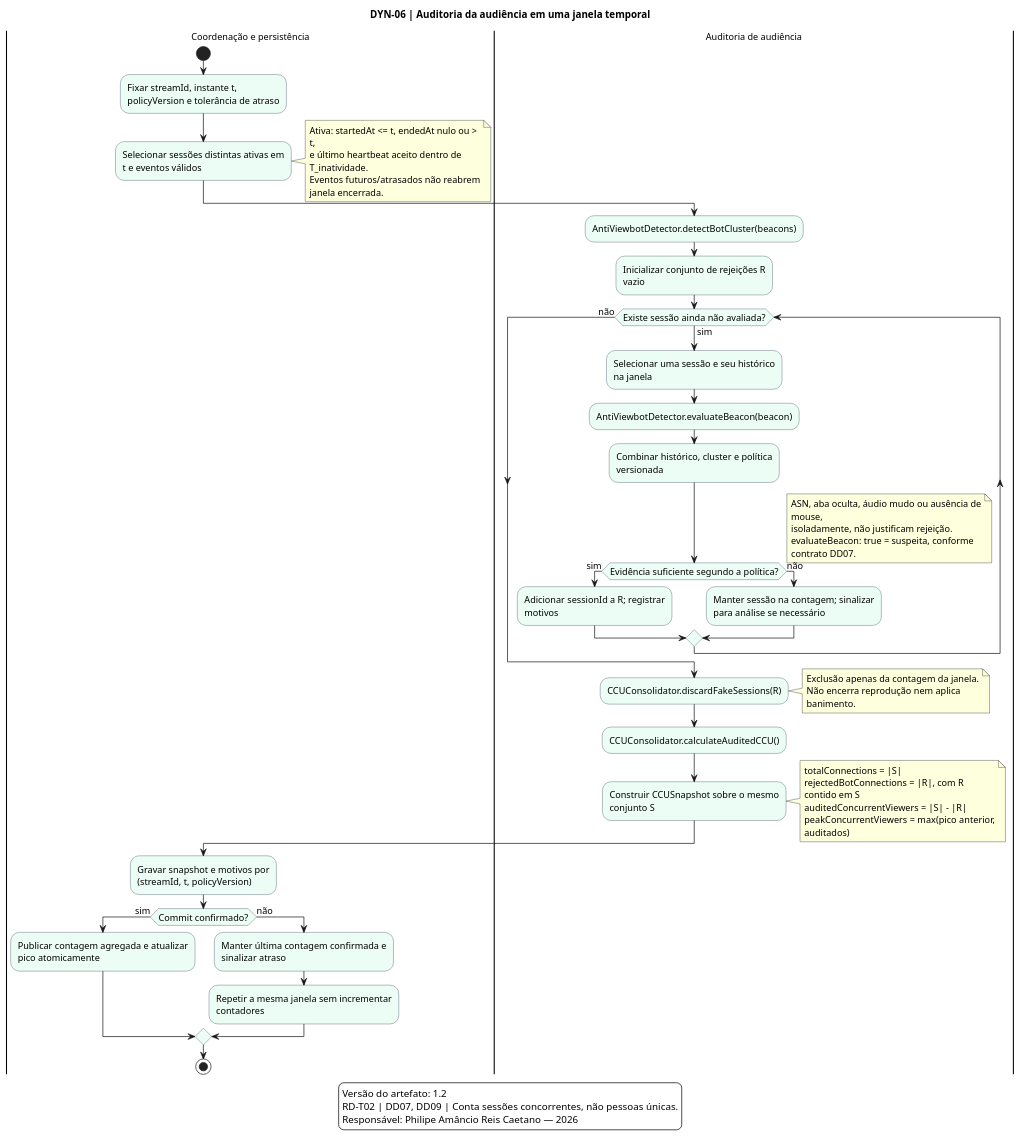
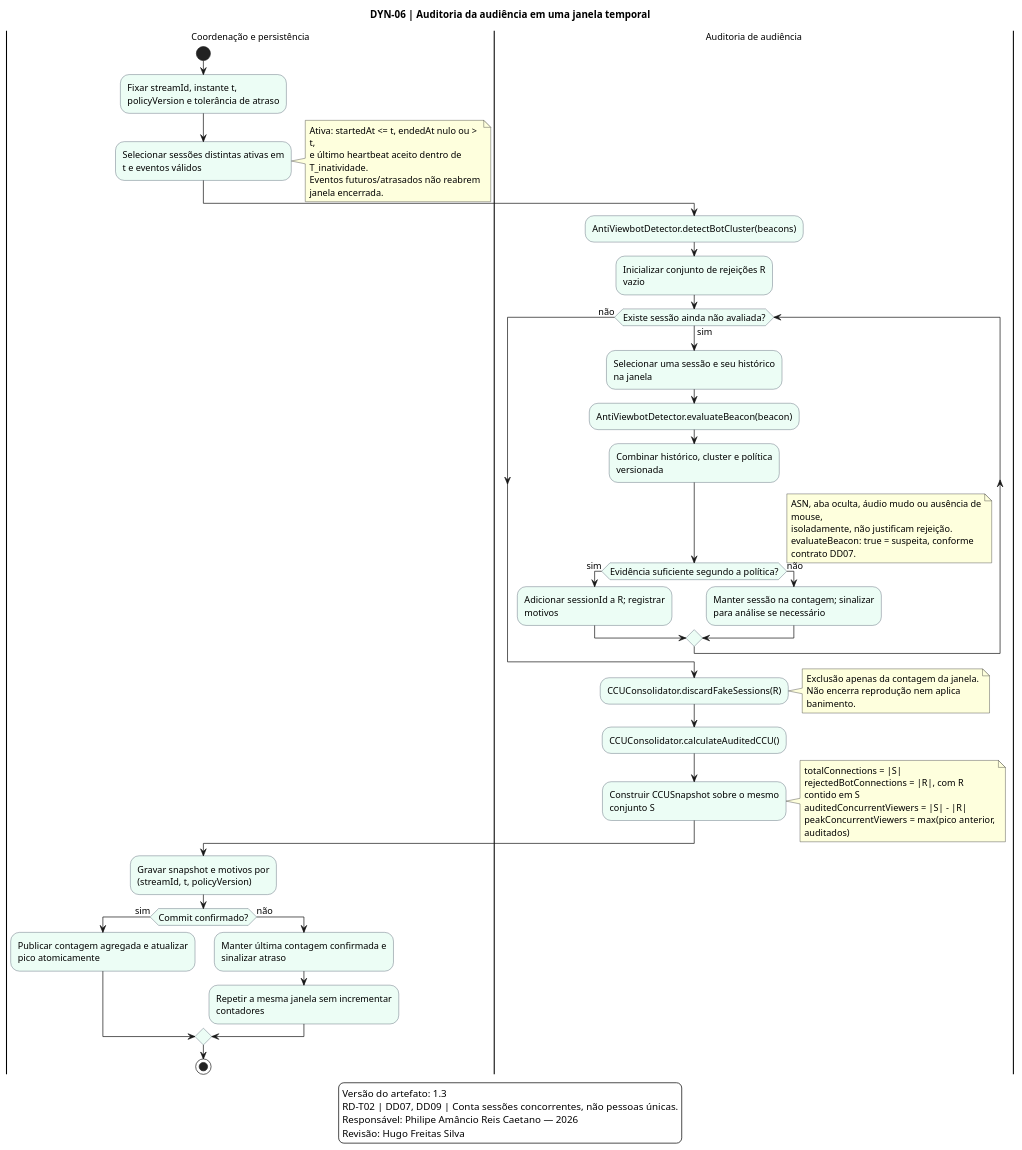
Before and after one commit to UnBArqDsw2026-2-Turma01/2026.2-T01-_G6_ProjetoStreamingVideo_Entrega_02: the diagram in docs/Base/Relatórios/1.1.3.SubEquipe_03/assets/src/dyn-06-atividade-audiencia.puml, drawn with PlantUML. The commit also changed 23 other files, not shown here.

```diff
--- a/docs/Base/Relatórios/1.1.3.SubEquipe_03/assets/src/dyn-06-atividade-audiencia.puml
+++ b/docs/Base/Relatórios/1.1.3.SubEquipe_03/assets/src/dyn-06-atividade-audiencia.puml
@@ -1,72 +1,73 @@
 @startuml
 title DYN-06 | Auditoria da audiência em uma janela temporal
 skinparam defaultFontName Arial
 skinparam backgroundColor #FFFFFF
 skinparam defaultFontSize 13
 skinparam shadowing false
 skinparam activityBackgroundColor #ECFDF5
 skinparam activityBorderColor #334155
 |Coordenação e persistência|
 start
 :Fixar streamId, instante t,\npolicyVersion e tolerância de atraso;
 :Selecionar sessões distintas ativas em\nt e eventos válidos;
 note right
   Ativa: startedAt <= t, endedAt nulo ou >
   t,
   e último heartbeat aceito dentro de
   T_inatividade.
   Eventos futuros/atrasados não reabrem
   janela encerrada.
 end note
 |Auditoria de audiência|
 :AntiViewbotDetector.detectBotCluster(beacons);
 :Inicializar conjunto de rejeições R\nvazio;
 while (Existe sessão ainda não avaliada?) is (sim)
   :Selecionar uma sessão e seu histórico\nna janela;
   :AntiViewbotDetector.evaluateBeacon(beacon);
   :Combinar histórico, cluster e política\nversionada;
   if (Evidência suficiente segundo a política?) then (sim)
     :Adicionar sessionId a R; registrar\nmotivos;
   else (não)
     :Manter sessão na contagem; sinalizar\npara análise se necessário;
   endif
 endwhile (não)
 note right
   ASN, aba oculta, áudio mudo ou ausência de
   mouse,
   isoladamente, não justificam rejeição.
   evaluateBeacon: true = suspeita, conforme
   contrato DD07.
 end note
 |Auditoria de audiência|
 :CCUConsolidator.discardFakeSessions(R);
 note right
   Exclusão apenas da contagem da janela.
   Não encerra reprodução nem aplica
   banimento.
 end note
 :CCUConsolidator.calculateAuditedCCU();
 :Construir CCUSnapshot sobre o mesmo\nconjunto S;
 note right
   totalConnections = |S|
   rejectedBotConnections = |R|, com R
   contido em S
   auditedConcurrentViewers = |S| - |R|
   peakConcurrentViewers = max(pico anterior,
   auditados)
 end note
 |Coordenação e persistência|
 :Gravar snapshot e motivos por\n(streamId, t, policyVersion);
 if (Commit confirmado?) then (sim)
   :Publicar contagem agregada e atualizar\npico atomicamente;
 else (não)
   :Manter última contagem confirmada e\nsinalizar atraso;
   :Repetir a mesma janela sem incrementar\ncontadores;
 endif
 stop
 legend bottom
-  Versão do artefato: 1.2
+  Versão do artefato: 1.3
   RD-T02 | DD07, DD09 | Conta sessões concorrentes, não pessoas únicas.
   Responsável: Philipe Amâncio Reis Caetano — 2026
+  Revisão: Hugo Freitas Silva
 endlegend
 @enduml
```
